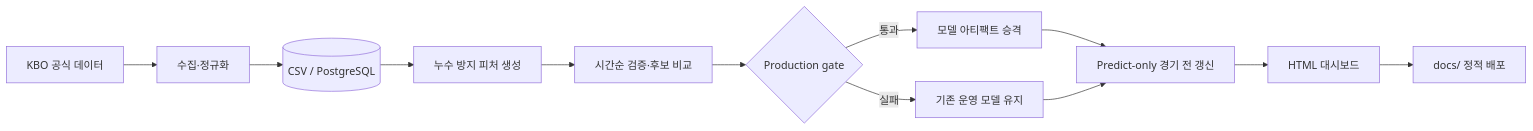
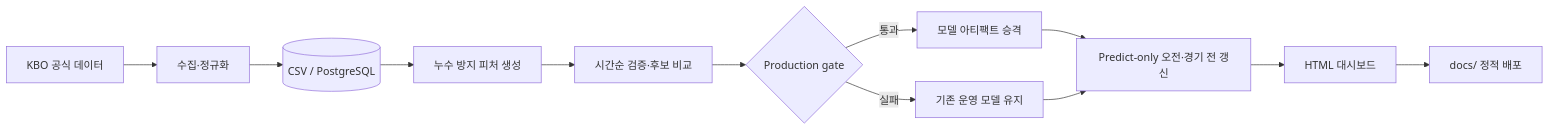
One commit to SaRangWOO/sports_analytics changed the diagram in README.md. Above: the diagram before and after it, drawn with Mermaid. The commit also changed other lines of this file and 9 other files, not shown here.

````diff
--- a/README.md
+++ b/README.md
@@ -53,14 +57,14 @@
 ```mermaid
 flowchart LR
     A[KBO 공식 데이터] --> B[수집·정규화]
     B --> C[(CSV / PostgreSQL)]
     C --> D[누수 방지 피처 생성]
     D --> E[시간순 검증·후보 비교]
     E --> F{Production gate}
     F -->|통과| G[모델 아티팩트 승격]
     F -->|실패| H[기존 운영 모델 유지]
-    G --> I[Predict-only 경기 전 갱신]
+    G --> I[Predict-only 오전·경기 전 갱신]
     H --> I
     I --> J[HTML 대시보드]
     J --> K[docs/ 정적 배포]
 ```
````
